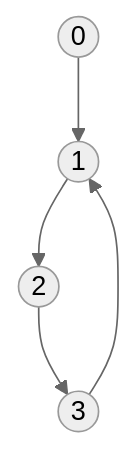
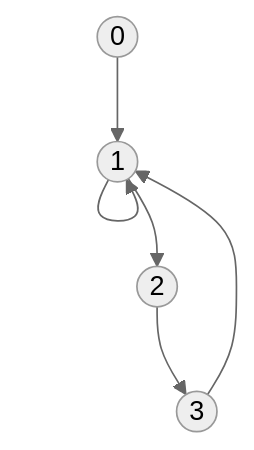
One commit to Jarongo254/ACN changed the diagram in README.md. Above: the diagram before and after it, drawn with Mermaid (neutral theme).

````diff
--- a/README.md
+++ b/README.md
@@ -99,7 +99,8 @@
 ```mermaid
 graph TD
     0((0)) --> 1((1))
+    1((1)) --> 1((1))
     1((1)) --> 2((2))
     2((2)) --> 3((3))
     3((3)) --> 1((1))
 ```
````
